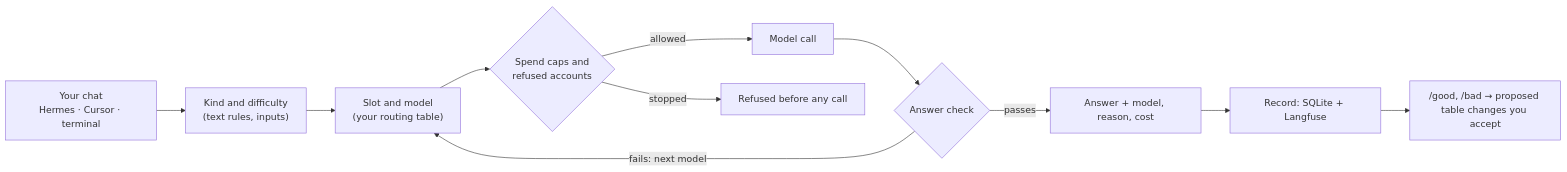
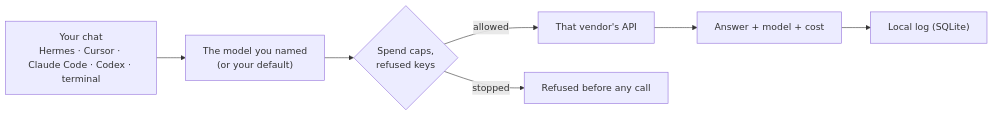
Before and after one commit to j-zulick/crossvet: the diagram in README.md, drawn with Mermaid. The commit also changed other lines of this file and 94 other files, not shown here.

First line of the commit message:
Crossvet v2.0.0: pick any model

````diff
--- a/README.md
+++ b/README.md
@@ -46,13 +60,9 @@
 ```mermaid
 flowchart LR
-    A["Your chat<br/>Hermes · Cursor · terminal"] --> B["Kind and difficulty<br/>(text rules, inputs)"]
-    B --> C["Slot and model<br/>(your routing table)"]
-    C --> D{"Spend caps and<br/>refused accounts"}
-    D -- "allowed" --> E["Model call"]
-    D -- "stopped" --> X["Refused before any call"]
-    E --> F{"Answer check"}
-    F -- "passes" --> G["Answer + model, reason, cost"]
-    F -- "fails: next model" --> C
-    G --> H["Record: SQLite + Langfuse"]
-    H --> I["/good, /bad → proposed table changes you accept"]
+    A["Your chat<br/>Hermes · Cursor · Claude Code · Codex · terminal"] --> B["The model you named<br/>(or your default)"]
+    B --> C{"Spend caps,<br/>refused keys"}
+    C -- "allowed" --> D["That vendor's API"]
+    C -- "stopped" --> X["Refused before any call"]
+    D --> E["Answer + model + cost"]
+    E --> F["Local log (SQLite)"]
 ```
````
